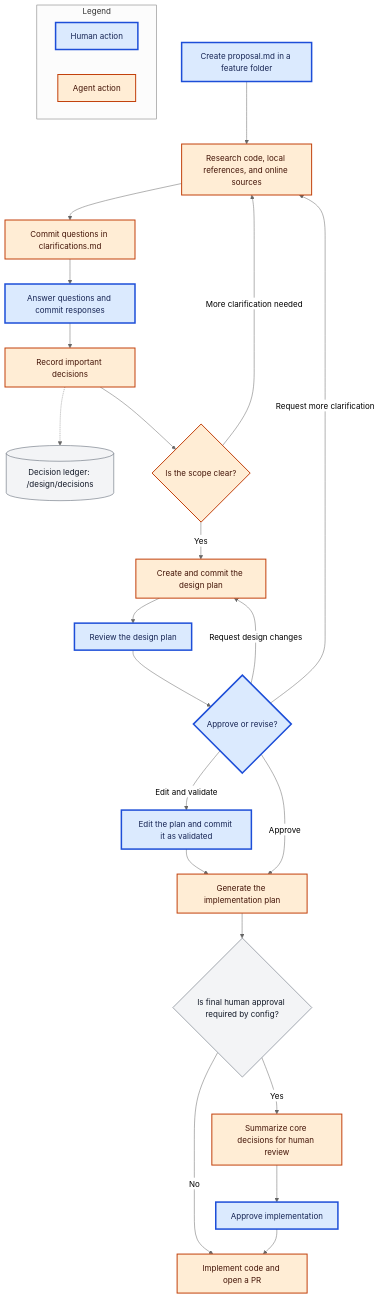
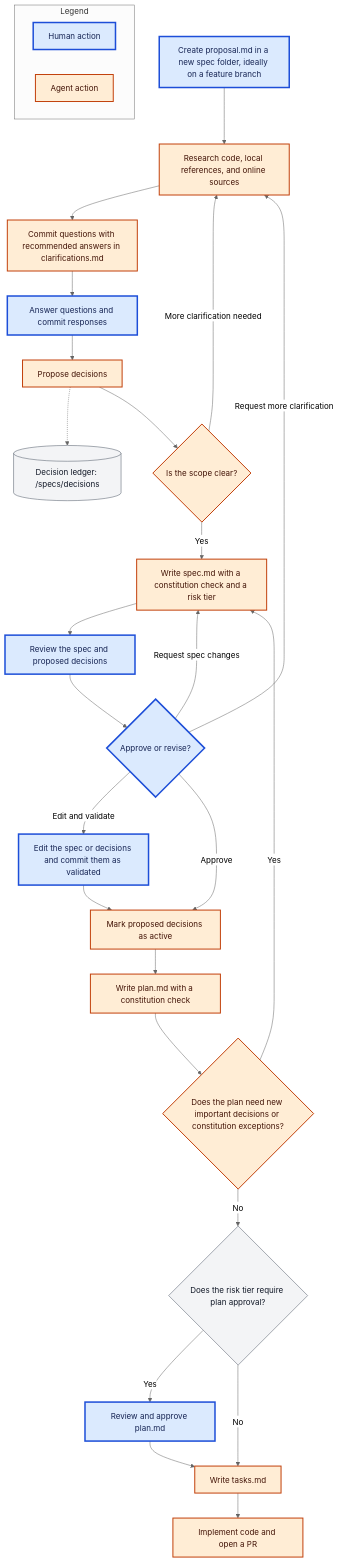
One commit to mrtolkien/uraeda changed the diagram in README.md. Above: the diagram before and after it, drawn with Mermaid (neutral theme). The commit also changed other lines of this file and 4 other files, not shown here.

````diff
--- a/README.md
+++ b/README.md
@@ -141,37 +182,40 @@
 ```mermaid
 flowchart TD
     subgraph legend["Legend"]
         direction LR
         legendHuman["Human action"]
         legendAgent["Agent action"]
     end
 
-    proposal["Create proposal.md in a feature folder"]
+    proposal["Create proposal.md in a new spec folder, ideally on a feature branch"]
     proposal --> research["Research code, local references, and online sources"]
-    research --> questions["Commit questions in clarifications.md"]
+    research --> questions["Commit questions with recommended answers in clarifications.md"]
     questions --> answers["Answer questions and commit responses"]
-    answers --> decisions["Record important decisions"]
-    decisions -.-> ledger[("Decision ledger: /design/decisions")]
+    answers --> decisions["Propose decisions"]
+    decisions -.-> ledger[("Decision ledger: /specs/decisions")]
     decisions --> scope{"Is the scope clear?"}
     scope -->|More clarification needed| research
-    scope -->|Yes| design["Create and commit the design plan"]
-    design --> review["Review the design plan"]
+    scope -->|Yes| spec["Write spec.md with a constitution check and a risk tier"]
+    spec --> review["Review the spec and proposed decisions"]
     review --> validation{"Approve or revise?"}
     validation -->|Request more clarification| research
-    validation -->|Request design changes| design
-    validation -->|Edit and validate| humanEdit["Edit the plan and commit it as validated"]
-    validation -->|Approve| implementationPlan["Generate the implementation plan"]
-    humanEdit --> implementationPlan
-    implementationPlan --> config{"Is final human approval required by config?"}
-    config -->|No| implementation["Implement code and open a PR"]
-    config -->|Yes| summary["Summarize core decisions for human review"]
-    summary --> finalApproval["Approve implementation"]
-    finalApproval --> implementation
+    validation -->|Request spec changes| spec
+    validation -->|Edit and validate| humanEdit["Edit the spec or decisions and commit them as validated"]
+    validation -->|Approve| activate["Mark proposed decisions as active"]
+    humanEdit --> activate
+    activate --> plan["Write plan.md with a constitution check"]
+    plan --> planCheck{"Does the plan need new important decisions or constitution exceptions?"}
+    planCheck -->|Yes| spec
+    planCheck -->|No| tier{"Does the risk tier require plan approval?"}
+    tier -->|Yes| planApproval["Review and approve plan.md"]
+    tier -->|No| tasks["Write tasks.md"]
+    planApproval --> tasks
+    tasks --> implementation["Implement code and open a PR"]
 
     classDef human fill:#dbeafe,stroke:#1d4ed8,color:#172554,stroke-width:3px
     classDef agent fill:#ffedd5,stroke:#c2410c,color:#431407,stroke-width:2px
     classDef neutral fill:#f3f4f6,stroke:#4b5563,color:#111827,stroke-width:1px
-    class legendHuman,proposal,answers,review,validation,humanEdit,finalApproval human
-    class legendAgent,research,questions,decisions,scope,design,implementationPlan,summary,implementation agent
-    class legendNeutral,legendBranch,legendStorage,ledger,config neutral
+    class legendHuman,proposal,answers,review,validation,humanEdit,planApproval human
+    class legendAgent,research,questions,decisions,scope,spec,activate,plan,planCheck,tasks,implementation agent
+    class legendNeutral,legendBranch,legendStorage,ledger,tier neutral
 ```
````
